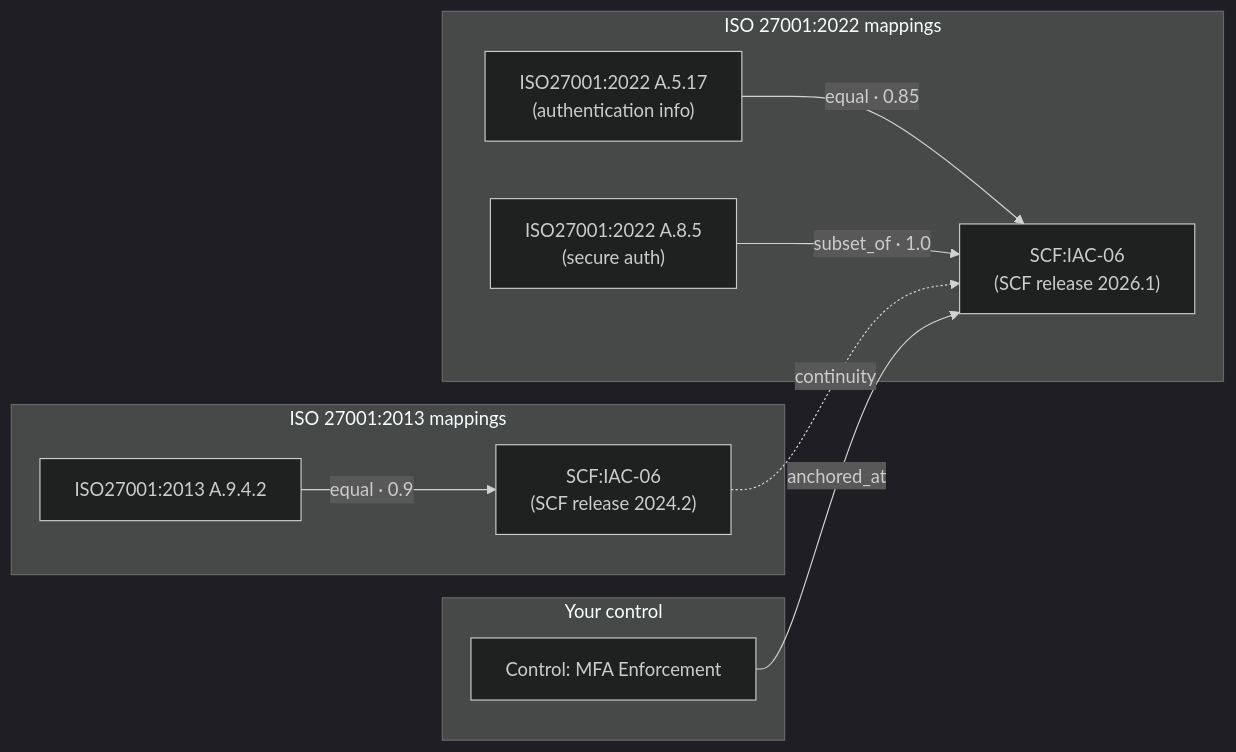
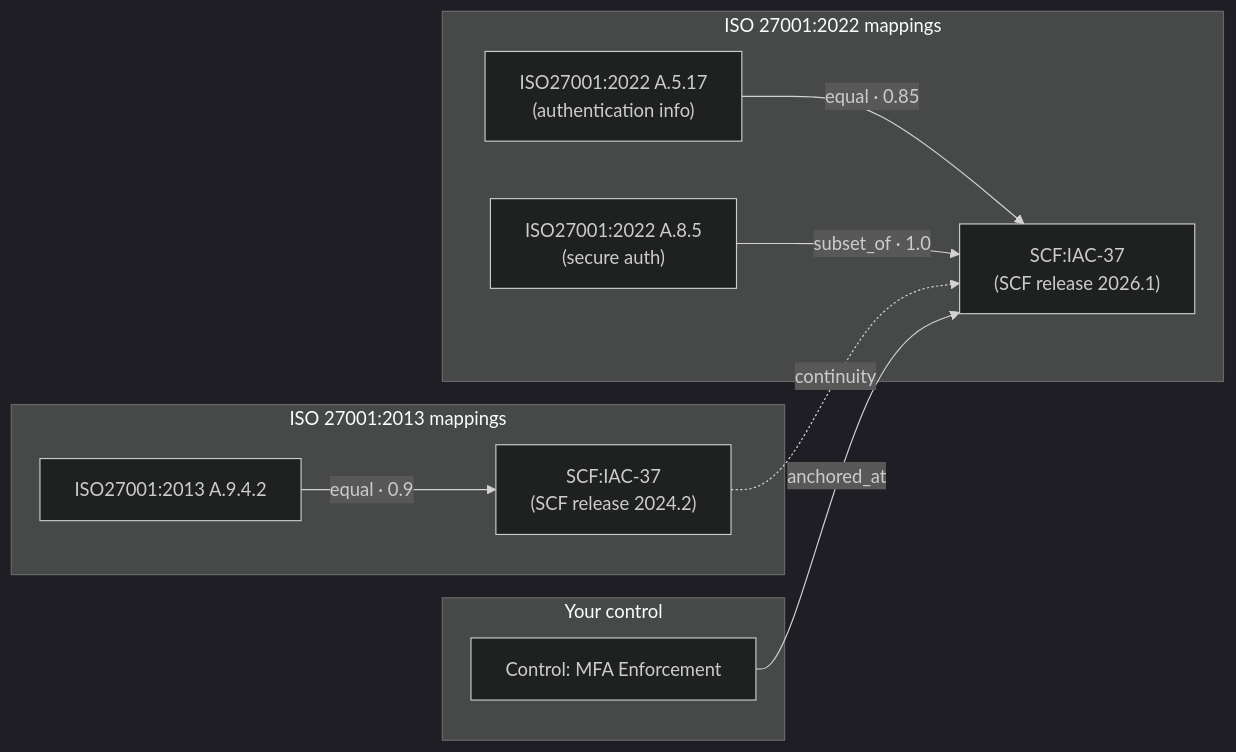
The fourth of 5 diagrams in Plans/UCF_GRAPH_MODEL.md (mgoodric/security-atlas), drawn with Mermaid (dark theme) before and after one commit. The commit also changed other lines of this file and 207 other files, not shown here.

First line of the commit message:
fix(catalog): re-anchor the IAC sample rows to SCF 2026.3 (#1971)

````diff
--- a/Plans/UCF_GRAPH_MODEL.md
+++ b/Plans/UCF_GRAPH_MODEL.md
@@ -181,21 +181,21 @@
 ```mermaid
 graph LR
     subgraph "ISO 27001:2013 mappings"
         I13["ISO27001:2013 A.9.4.2"]
-        I13 -- "equal · 0.9" --> SCF1["SCF:IAC-06<br/>(SCF release 2024.2)"]
+        I13 -- "equal · 0.9" --> SCF1["SCF:IAC-37<br/>(SCF release 2024.2)"]
     end
 
     subgraph "ISO 27001:2022 mappings"
         I22a["ISO27001:2022 A.5.17<br/>(authentication info)"]
         I22b["ISO27001:2022 A.8.5<br/>(secure auth)"]
-        I22a -- "equal · 0.85" --> SCF2["SCF:IAC-06<br/>(SCF release 2026.1)"]
+        I22a -- "equal · 0.85" --> SCF2["SCF:IAC-37<br/>(SCF release 2026.1)"]
         I22b -- "subset_of · 1.0" --> SCF2
     end
 
     SCF1 -.continuity.-> SCF2
 
     subgraph "Your control"
         CTRL[Control: MFA Enforcement]
         CTRL -- anchored_at --> SCF2
     end
 ```
````
